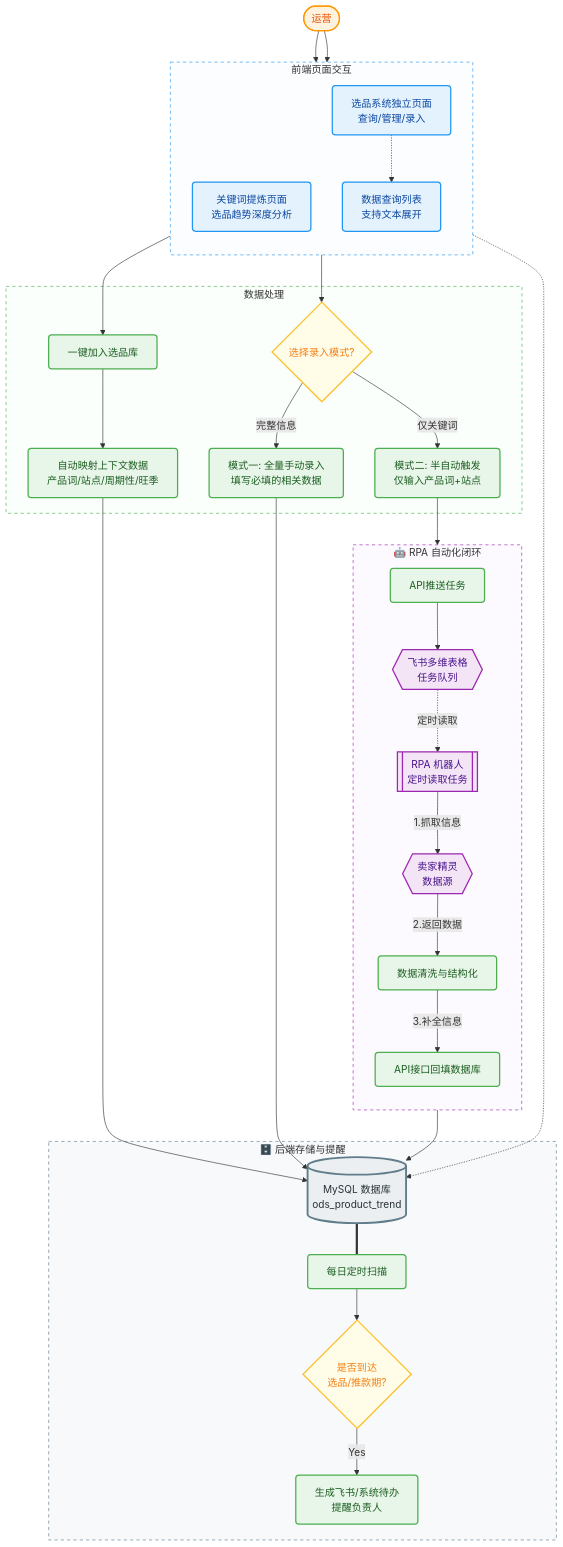
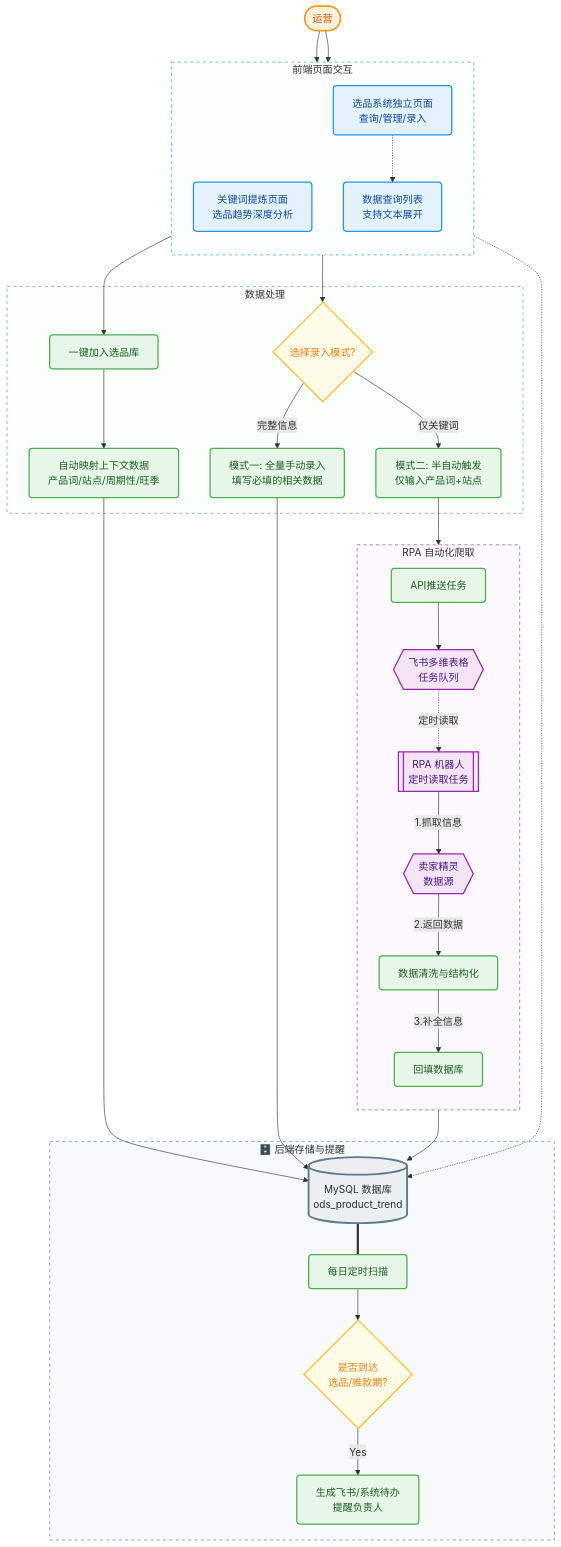
One commit to Fleve-MY/iodraw-files changed the diagram in all/未命名-1.md. Above: the diagram before and after it, drawn with Mermaid.

Commit message:
2026-01-07 17:43:54 update

```diff
--- a/all/未命名-1.md
+++ b/all/未命名-1.md
@@ -31,14 +31,14 @@
     end
 
     %% RPA自动化
-    subgraph RPA_Group [ 🤖 RPA 自动化闭环 ]
+    subgraph RPA_Group [ RPA 自动化爬取 ]
         direction TB
         PushFeishu[API推送任务]:::processStyle
         FeishuTable{{飞书多维表格<br>任务队列}}:::extStyle
         RPABot[[RPA 机器人<br>定时读取任务]]:::extStyle
         SellerSprite{{卖家精灵<br>数据源}}:::extStyle
         DataClean[数据清洗与结构化]:::processStyle
-        DBUpdate[API接口回填数据库]:::processStyle
+        DBUpdate[回填数据库]:::processStyle
     end
 
     %% 区域4：后端存储与提醒
```
